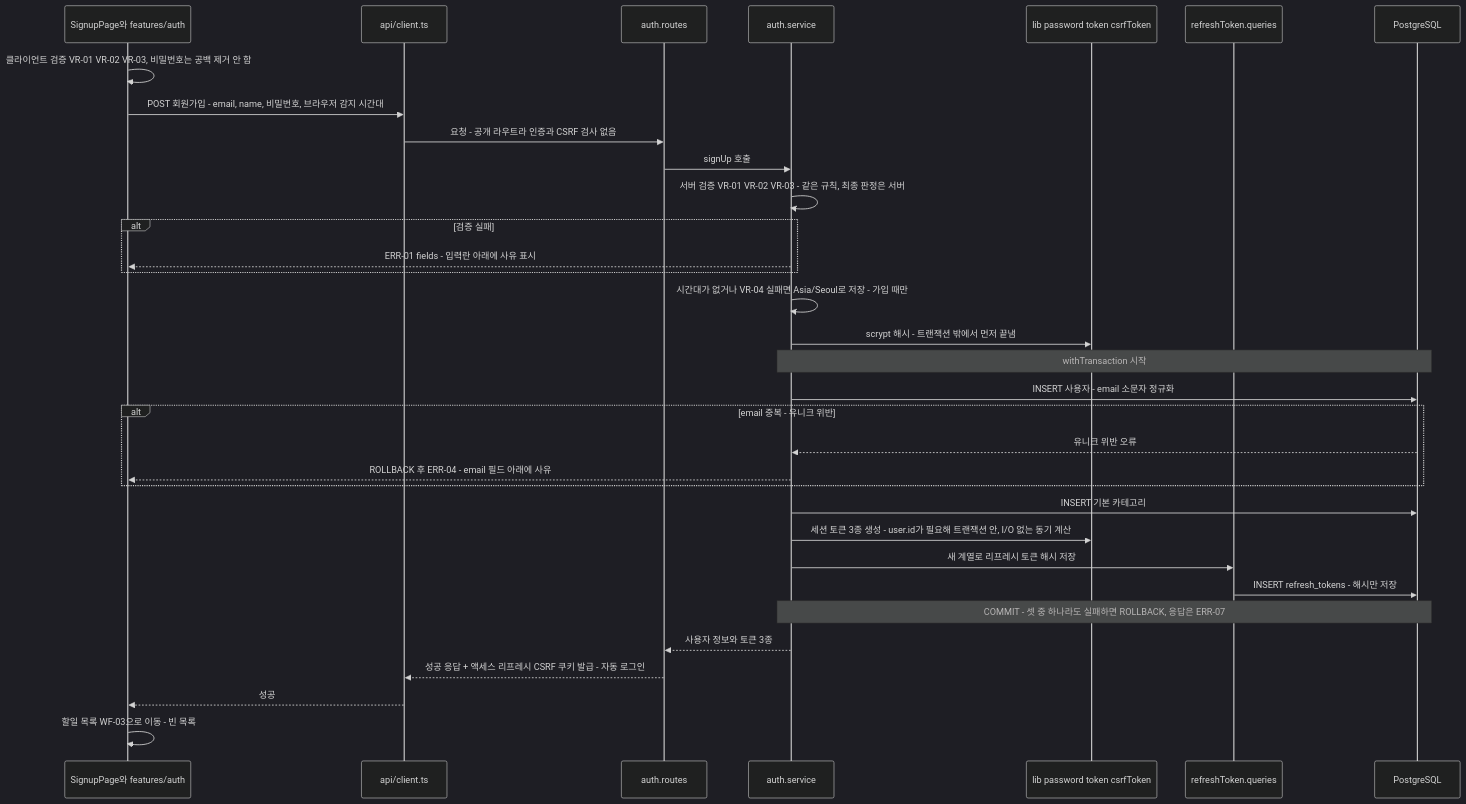
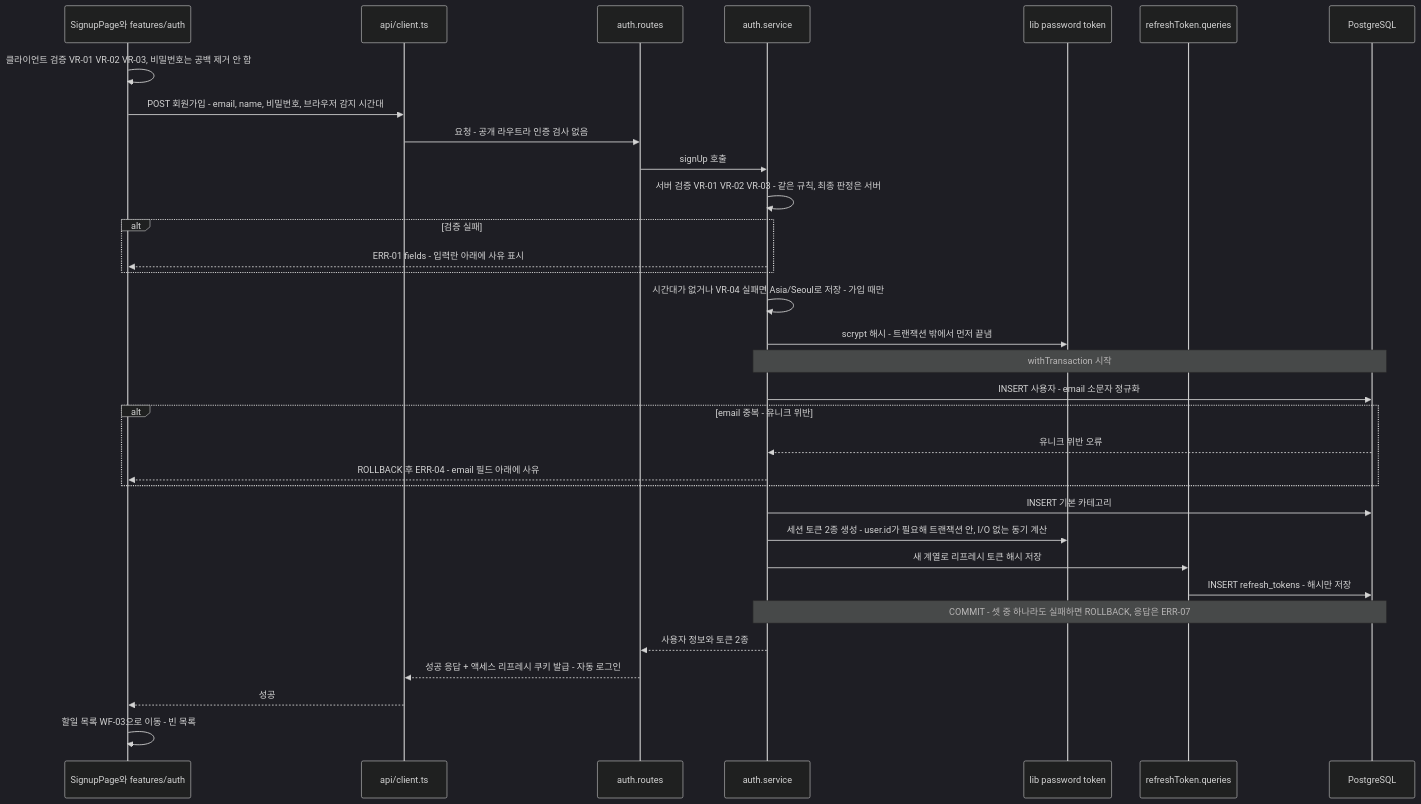
Before and after one commit to Palbok-Kim/todolist-app: the fifth of 13 diagrams in docs/6-arch-diagram.md, drawn with Mermaid (dark theme). The commit also changed other lines of this file and 42 other files, not shown here.

First line of the commit message:
refactor: CSRF 방어 제거, ERD·schema.sql 표기 일치화

````diff
--- a/docs/6-arch-diagram.md
+++ b/docs/6-arch-diagram.md
@@ -243,36 +239,36 @@
 ```mermaid
 sequenceDiagram
     participant UI as SignupPage와 features/auth
     participant CL as api/client.ts
     participant RT as auth.routes
     participant SV as auth.service
-    participant LB as lib password token csrfToken
+    participant LB as lib password token
     participant RQ as refreshToken.queries
     participant DB as PostgreSQL
 
     UI->>UI: 클라이언트 검증 VR-01 VR-02 VR-03, 비밀번호는 공백 제거 안 함
     UI->>CL: POST 회원가입 - email, name, 비밀번호, 브라우저 감지 시간대
-    CL->>RT: 요청 - 공개 라우트라 인증과 CSRF 검사 없음
+    CL->>RT: 요청 - 공개 라우트라 인증 검사 없음
     RT->>SV: signUp 호출
     SV->>SV: 서버 검증 VR-01 VR-02 VR-03 - 같은 규칙, 최종 판정은 서버
     alt 검증 실패
         SV-->>UI: ERR-01 fields - 입력란 아래에 사유 표시
     end
     SV->>SV: 시간대가 없거나 VR-04 실패면 Asia/Seoul로 저장 - 가입 때만
     SV->>LB: scrypt 해시 - 트랜잭션 밖에서 먼저 끝냄
     Note over SV,DB: withTransaction 시작
     SV->>DB: INSERT 사용자 - email 소문자 정규화
     alt email 중복 - 유니크 위반
         DB-->>SV: 유니크 위반 오류
         SV-->>UI: ROLLBACK 후 ERR-04 - email 필드 아래에 사유
     end
     SV->>DB: INSERT 기본 카테고리
-    SV->>LB: 세션 토큰 3종 생성 - user.id가 필요해 트랜잭션 안, I/O 없는 동기 계산
+    SV->>LB: 세션 토큰 2종 생성 - user.id가 필요해 트랜잭션 안, I/O 없는 동기 계산
     SV->>RQ: 새 계열로 리프레시 토큰 해시 저장
     RQ->>DB: INSERT refresh_tokens - 해시만 저장
     Note over SV,DB: COMMIT - 셋 중 하나라도 실패하면 ROLLBACK, 응답은 ERR-07
-    SV-->>RT: 사용자 정보와 토큰 3종
-    RT-->>CL: 성공 응답 + 액세스 리프레시 CSRF 쿠키 발급 - 자동 로그인
+    SV-->>RT: 사용자 정보와 토큰 2종
+    RT-->>CL: 성공 응답 + 액세스 리프레시 쿠키 발급 - 자동 로그인
     CL-->>UI: 성공
     UI->>UI: 할일 목록 WF-03으로 이동 - 빈 목록
 ```
````
